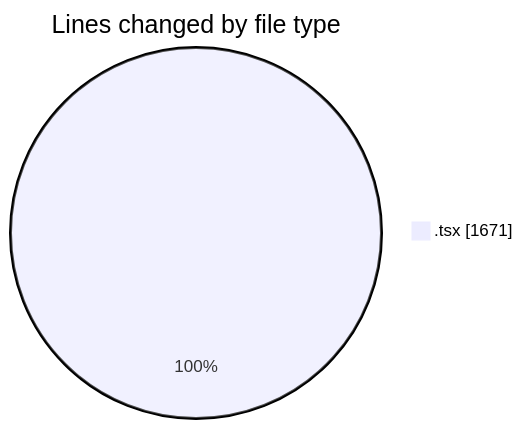
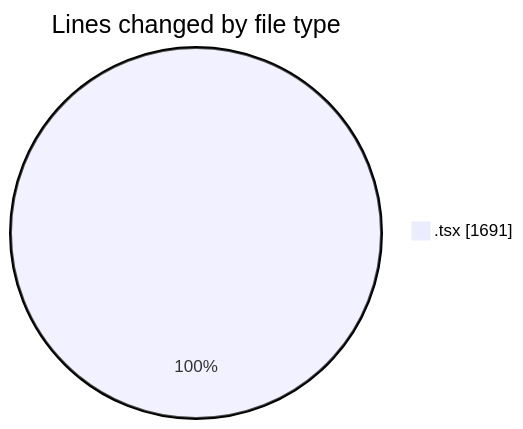
Before and after one commit to momahboobian/code-tracking: the first of 2 diagrams in 2025-09-30/cda/README.md, drawn with Mermaid. The commit also changed other lines of this file and 1 other file, not shown here.

````diff
--- a/2025-09-30/cda/README.md
+++ b/2025-09-30/cda/README.md
@@ -21,5 +21,5 @@
 ```mermaid
 pie showData
 title Lines changed by file type
-".tsx" : 1671
+".tsx" : 1691
 ```
````
